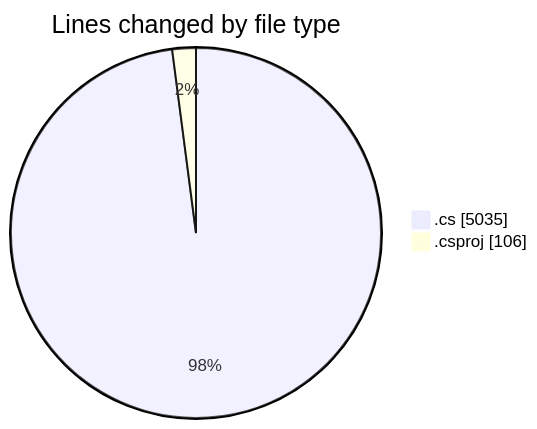
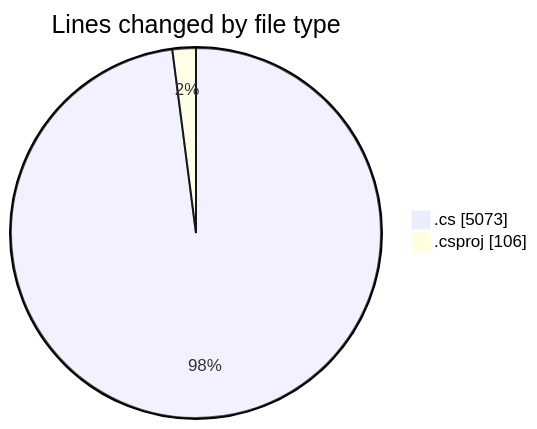
Before and after one commit to Netris89/code-tracking: the first of 2 diagrams in 2025-04-02/back-end/README.md, drawn with Mermaid. The commit also changed other lines of this file and 1 other file, not shown here.

````diff
--- a/2025-04-02/back-end/README.md
+++ b/2025-04-02/back-end/README.md
@@ -35,6 +35,6 @@
 ```mermaid
 pie showData
 title Lines changed by file type
-".cs" : 5035
+".cs" : 5073
 ".csproj" : 106
 ```
````
